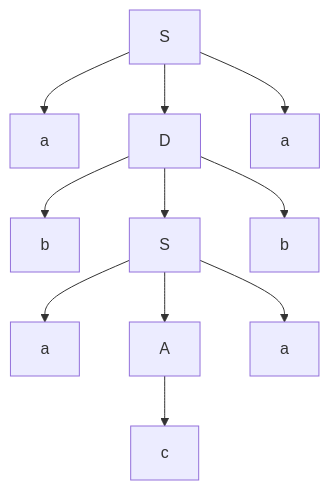
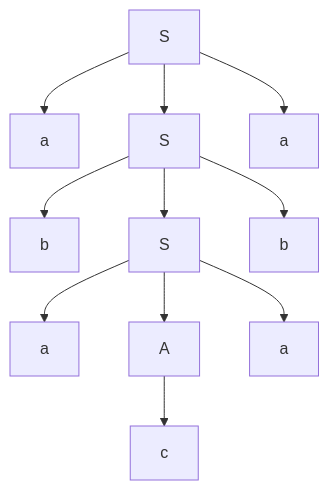
Before and after one commit to 3dl3rw0lf/ssl: the first of 2 diagrams in t_p_01/TRABAJO PRÁCTICO_parte_02.md, drawn with Mermaid. The commit also changed other lines of this file, not shown here.

````diff
--- a/t_p_01/TRABAJO PRÁCTICO_parte_02.md
+++ b/t_p_01/TRABAJO PRÁCTICO_parte_02.md
@@ -62,13 +62,14 @@
     ```mermaid
     graph TD;
         A[S] --> B[a];
         A[S] --> D[S];
         A[S] --> C[a];
-        D[D] --> E[b];
-        D[D] --> F[S];
-        D[D] --> G[b];
+        D[S] --> E[b];
+        D[S] --> F[S];
+        D[S] --> G[b];
         F[S] --> H[a];
         F[S] --> I[A];
         F[S] --> J[a];
         I[A] --> K[c];
+     
     ```
````
